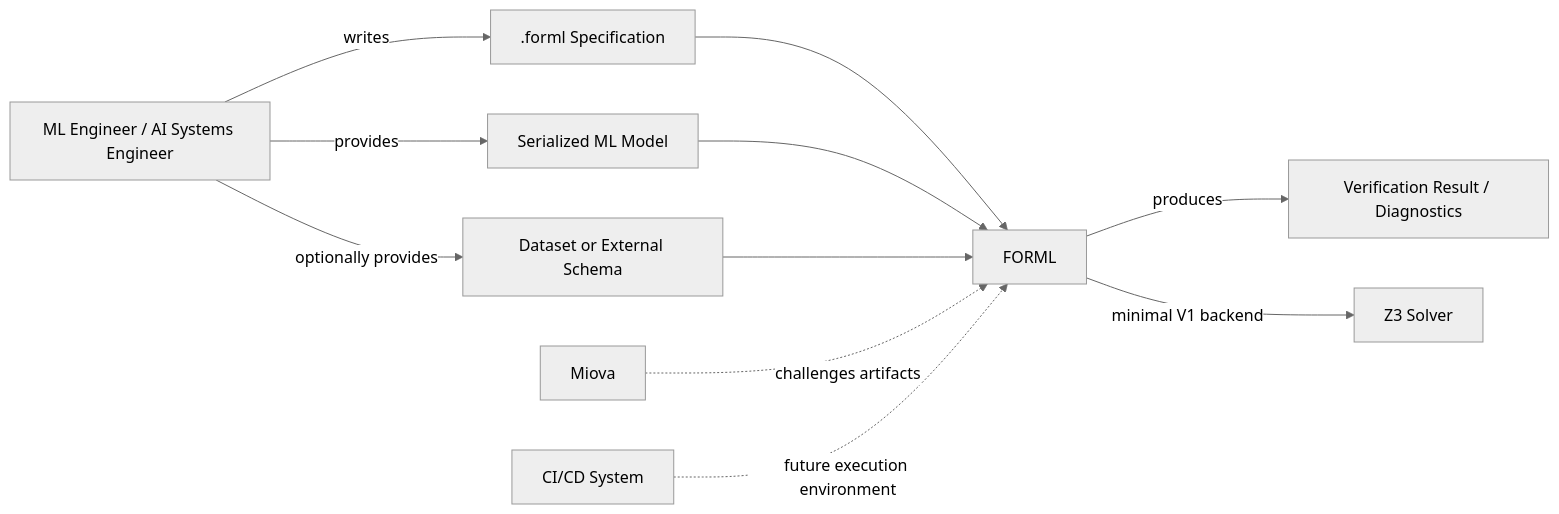
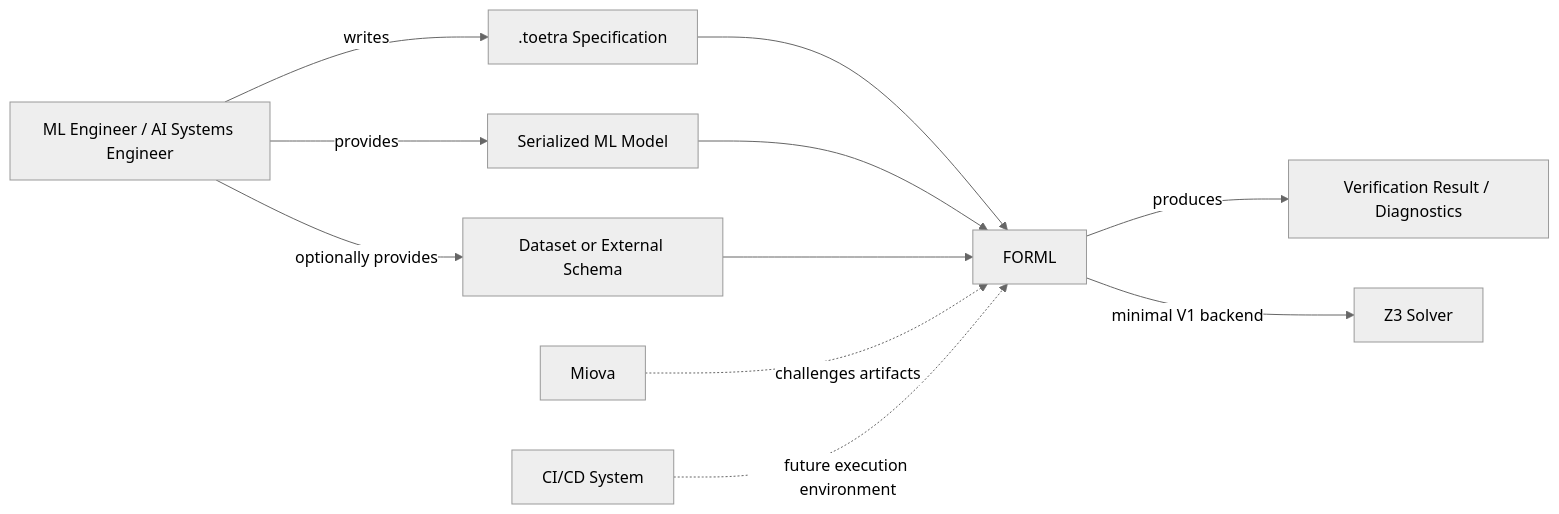
Before and after one commit to KintanaOne/Toetra: the diagram in docs/architecture/c4-context.md, drawn with Mermaid (neutral theme). The commit also changed other lines of this file and 218 other files, not shown here.

Commit message:
P23.2 migrate specification language to Toetra

````diff
--- a/docs/architecture/c4-context.md
+++ b/docs/architecture/c4-context.md
@@ -24,32 +24,32 @@
 ```mermaid
 flowchart LR
     User[ML Engineer / AI Systems Engineer]
-        -->|writes| Spec[.forml Specification]
+        -->|writes| Spec[.toetra Specification]
 
     User
         -->|provides| Model[Serialized ML Model]
 
     User
         -->|optionally provides| Dataset[Dataset or External Schema]
 
     Spec
         --> FORML[FORML]
 
     Model
         --> FORML
 
     Dataset
         --> FORML
 
     FORML
         -->|produces| Result[Verification Result / Diagnostics]
 
     FORML
         -->|minimal V1 backend| Z3[Z3 Solver]
 
     Miova[Miova]
         -. challenges artifacts .-> FORML
 
     CI[CI/CD System]
         -. future execution environment .-> FORML
 ```
````
